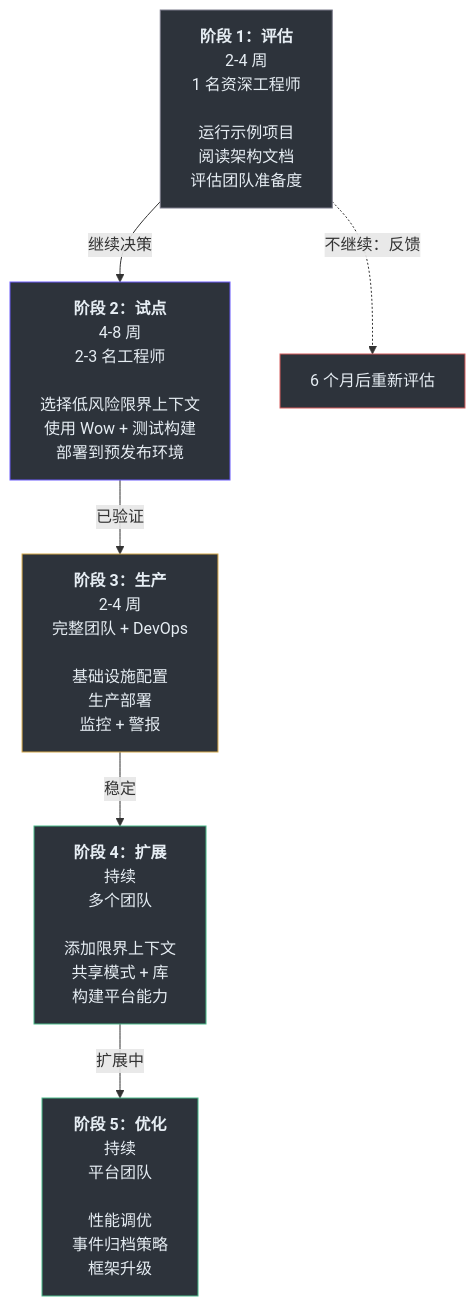
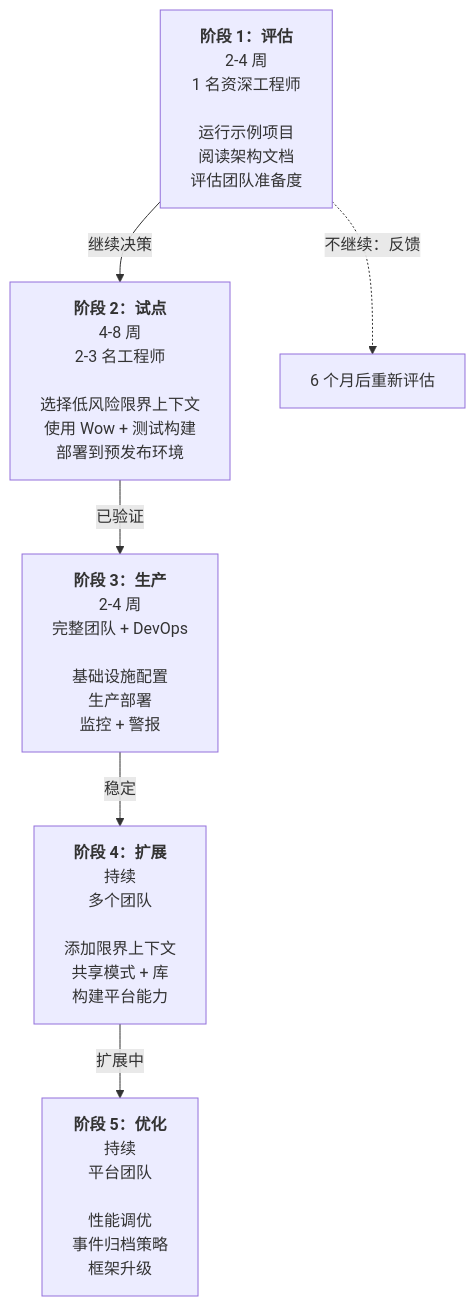
One commit to Ahoo-Wang/Wow changed the seventh of 7 diagrams in documentation/docs/zh/onboarding/executive-guide.md. Above: the diagram before and after it, drawn with Mermaid. The commit also changed other lines of this file and 32 other files, not shown here.

Commit message:
docs: remove unsupported style/classDef directives from stateDiagram-v2 Mermaid blocks

````diff
--- a/documentation/docs/zh/onboarding/executive-guide.md
+++ b/documentation/docs/zh/onboarding/executive-guide.md
@@ -451,22 +400,16 @@
 ```mermaid
 flowchart TB
     PHASE1["<b>阶段 1：评估</b><br>2-4 周<br>1 名资深工程师<br><br>运行示例项目<br>阅读架构文档<br>评估团队准备度"]
     PHASE2["<b>阶段 2：试点</b><br>4-8 周<br>2-3 名工程师<br><br>选择低风险限界上下文<br>使用 Wow + 测试构建<br>部署到预发布环境"]
     PHASE3["<b>阶段 3：生产</b><br>2-4 周<br>完整团队 + DevOps<br><br>基础设施配置<br>生产部署<br>监控 + 警报"]
     PHASE4["<b>阶段 4：扩展</b><br>持续<br>多个团队<br><br>添加限界上下文<br>共享模式 + 库<br>构建平台能力"]
     PHASE5["<b>阶段 5：优化</b><br>持续<br>平台团队<br><br>性能调优<br>事件归档策略<br>框架升级"]
 
     PHASE1 -->|"继续决策"| PHASE2
     PHASE2 -->|"已验证"| PHASE3
     PHASE3 -->|"稳定"| PHASE4
     PHASE4 -->|"扩展中"| PHASE5
 
     PHASE1 -.->|"不继续：反馈"| STOP1["6 个月后重新评估"]
 
-    style PHASE1 fill:#2d333b,stroke:#7a7a8a,color:#e6edf3
-    style PHASE2 fill:#2d333b,stroke:#6d5dfc,color:#e6edf3
-    style PHASE3 fill:#2d333b,stroke:#d4a84b,color:#e6edf3
-    style PHASE4 fill:#2d333b,stroke:#4aba8a,color:#e6edf3
-    style PHASE5 fill:#2d333b,stroke:#4aba8a,color:#e6edf3
-    style STOP1 fill:#2d333b,stroke:#d45b5b,color:#e6edf3
 ```
````
